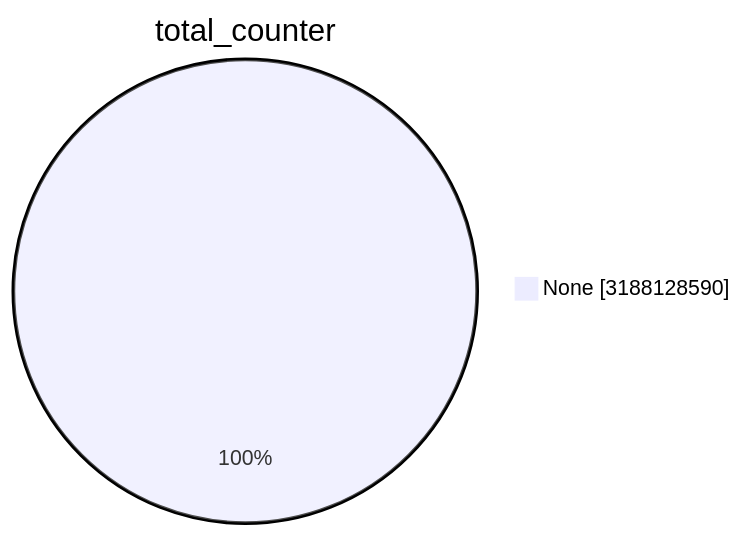
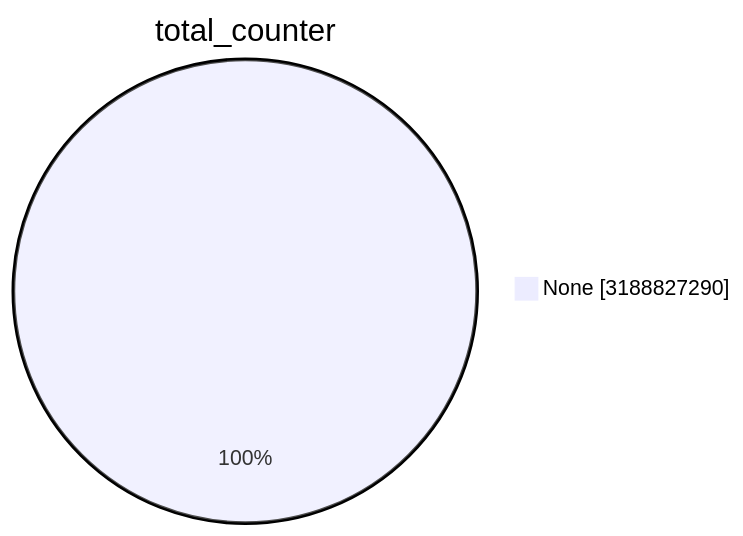
Before and after one commit to christiankrug/ctmonitor_visualization: the first of 15 diagrams in TOTAL/README.md, drawn with Mermaid. The commit also changed other lines of this file, not shown here.

````diff
--- a/TOTAL/README.md
+++ b/TOTAL/README.md
@@ -1,5 +1,5 @@
 ```mermaid
 pie showData
 title total_counter
-"None" :3188128590
+"None" :3188827290
 ```
````
